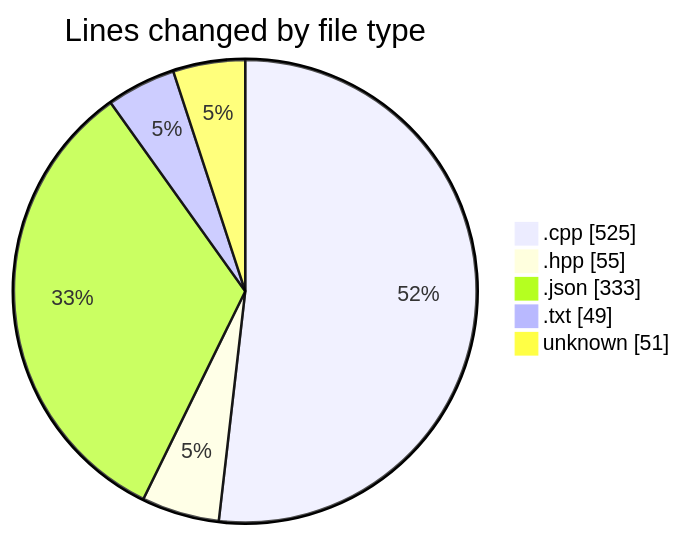
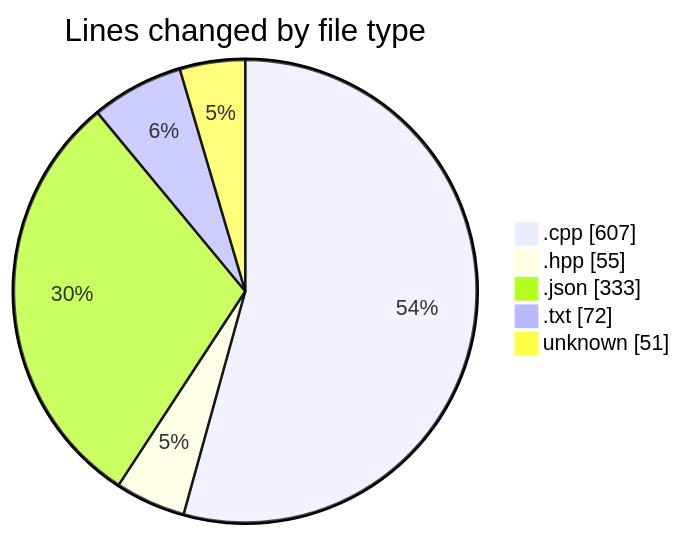
One commit to Netris89/code-tracking changed the first of 2 diagrams in 2025-04-06/echo/README.md. Above: the diagram before and after it, drawn with Mermaid. The commit also changed other lines of this file and 1 other file, not shown here.

````diff
--- a/2025-04-06/echo/README.md
+++ b/2025-04-06/echo/README.md
@@ -27,9 +27,9 @@
 ```mermaid
 pie showData
 title Lines changed by file type
-".cpp" : 525
+".cpp" : 607
 ".hpp" : 55
 ".json" : 333
-".txt" : 49
+".txt" : 72
 "unknown" : 51
 ```
````
